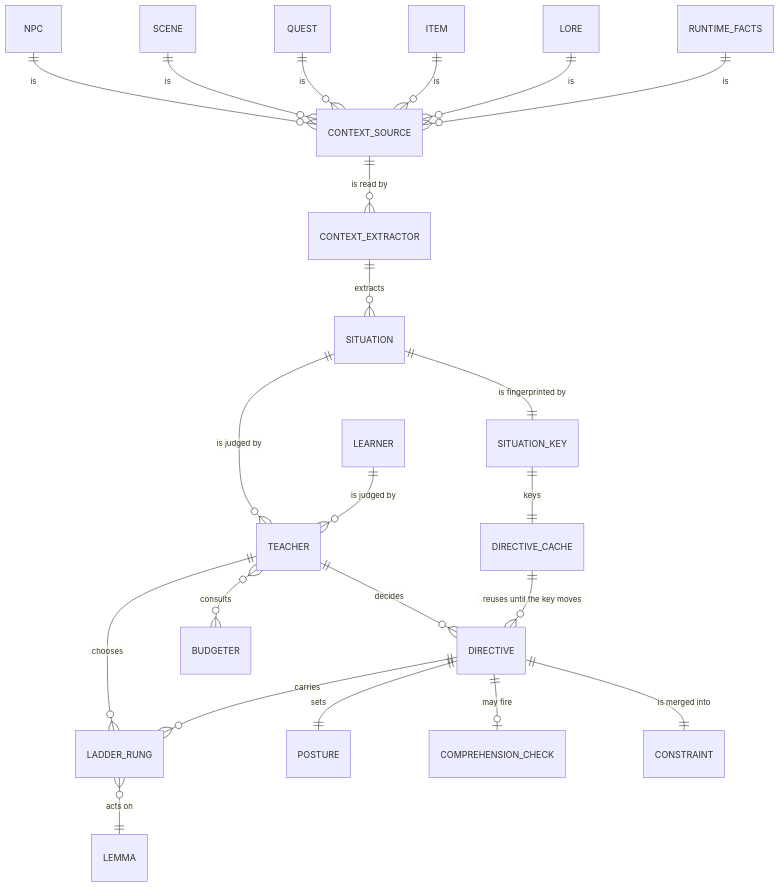
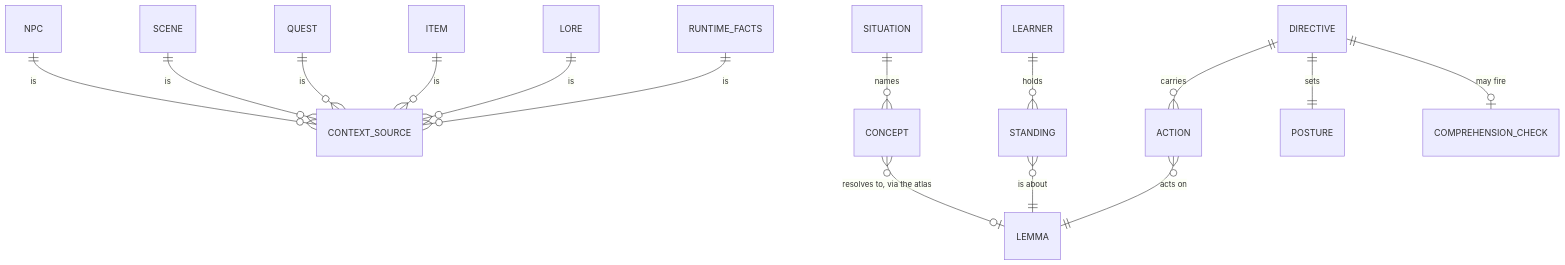
The second of 3 diagrams in packages/plugins/src/catalog/sugarlang/docs/api/domain-model-after-epic-090.md (nikkileaps/sugarmagic), drawn with Mermaid before and after one commit. The commit also changed other lines of this file, not shown here.

````diff
--- a/packages/plugins/src/catalog/sugarlang/docs/api/domain-model-after-epic-090.md
+++ b/packages/plugins/src/catalog/sugarlang/docs/api/domain-model-after-epic-090.md
@@ -59,29 +107,20 @@
 ```mermaid
 erDiagram
     NPC ||--o{ CONTEXT_SOURCE : "is"
     SCENE ||--o{ CONTEXT_SOURCE : "is"
     QUEST ||--o{ CONTEXT_SOURCE : "is"
     ITEM ||--o{ CONTEXT_SOURCE : "is"
     LORE ||--o{ CONTEXT_SOURCE : "is"
     RUNTIME_FACTS ||--o{ CONTEXT_SOURCE : "is"
 
-    CONTEXT_EXTRACTOR ||--o{ SITUATION : "extracts"
-    CONTEXT_SOURCE ||--o{ CONTEXT_EXTRACTOR : "is read by"
+    SITUATION ||--o{ CONCEPT : "names"
+    CONCEPT }o--o| LEMMA : "resolves to, via the atlas"
 
-    SITUATION ||--o{ TEACHER : "is judged by"
-    LEARNER ||--o{ TEACHER : "is judged by"
+    LEARNER ||--o{ STANDING : "holds"
+    STANDING }o--|| LEMMA : "is about"
 
-    TEACHER ||--o{ DIRECTIVE : "decides"
-    TEACHER ||--o{ LADDER_RUNG : "chooses"
-    LADDER_RUNG }o--|| LEMMA : "acts on"
-    TEACHER }o--o{ BUDGETER : "consults"
-
+    DIRECTIVE ||--o{ ACTION : "carries"
+    ACTION }o--|| LEMMA : "acts on"
     DIRECTIVE ||--|| POSTURE : "sets"
-    DIRECTIVE ||--o{ LADDER_RUNG : "carries"
     DIRECTIVE ||--o| COMPREHENSION_CHECK : "may fire"
-    DIRECTIVE ||--|| CONSTRAINT : "is merged into"
-
-    SITUATION ||--|| SITUATION_KEY : "is fingerprinted by"
-    SITUATION_KEY ||--|| DIRECTIVE_CACHE : "keys"
-    DIRECTIVE_CACHE ||--o{ DIRECTIVE : "reuses until the key moves"
 ```
````
